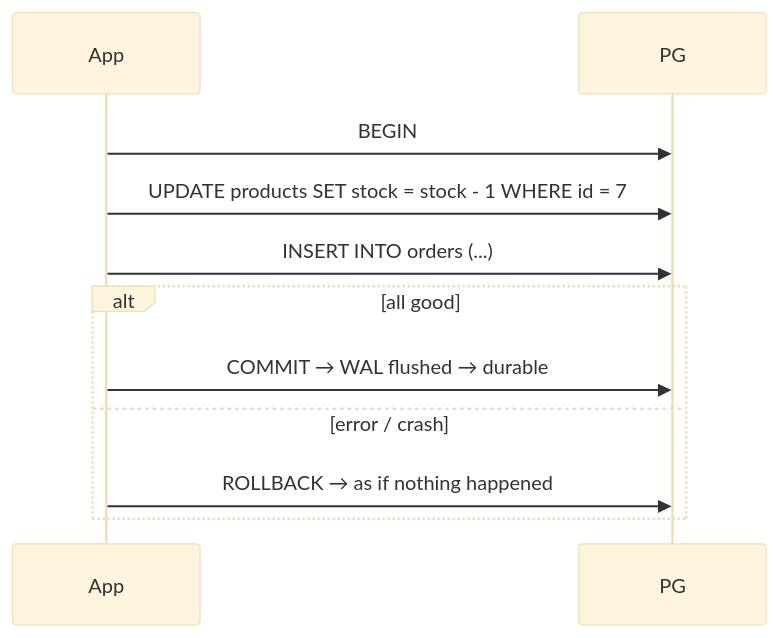
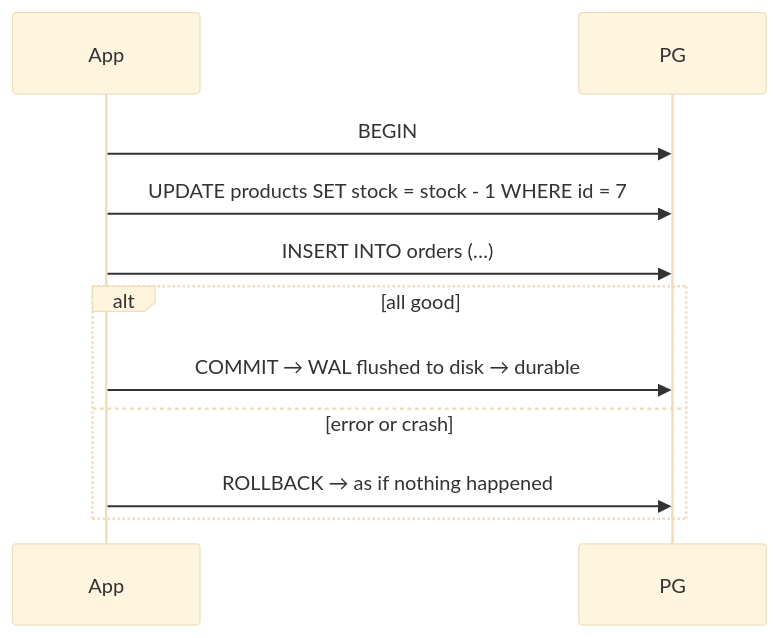
One commit to wesamkhateeb98-creator/postgresql-zero-to-hero changed the first of 3 diagrams in Doc/06-transactions-mvcc/01-acid.md. Above: the diagram before and after it, drawn with Mermaid (base theme). The commit also changed other lines of this file and 29 other files, not shown here.

````diff
--- a/Doc/06-transactions-mvcc/01-acid.md
+++ b/Doc/06-transactions-mvcc/01-acid.md
@@ -5,13 +5,13 @@
 ```mermaid
 sequenceDiagram
     participant App
     participant PG
     App->>PG: BEGIN
     App->>PG: UPDATE products SET stock = stock - 1 WHERE id = 7
-    App->>PG: INSERT INTO orders (...)
+    App->>PG: INSERT INTO orders (…)
     alt all good
-        App->>PG: COMMIT → WAL flushed → durable
-    else error / crash
+        App->>PG: COMMIT → WAL flushed to disk → durable
+    else error or crash
         App->>PG: ROLLBACK → as if nothing happened
     end
 ```
````
